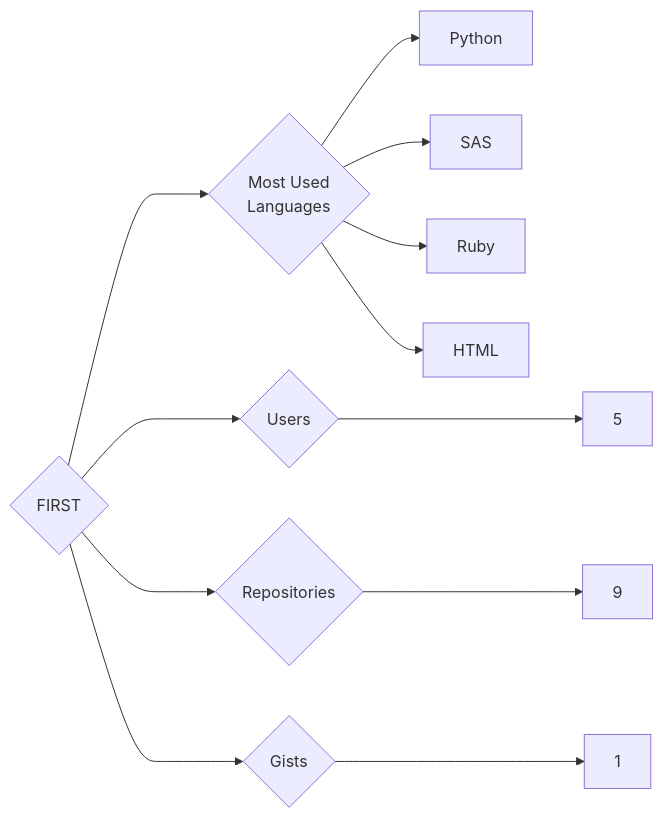
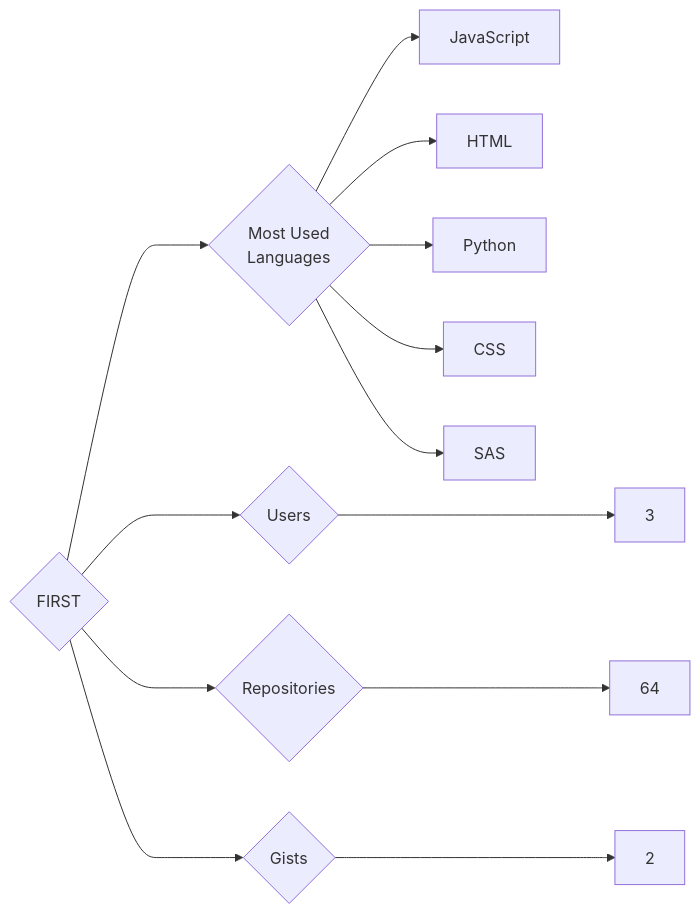
One commit to trickest/insiders changed the diagram in targets/FIRST/README.md. Above: the diagram before and after it, drawn with Mermaid. The commit also changed 718 other files, not shown here.

````diff
--- a/targets/FIRST/README.md
+++ b/targets/FIRST/README.md
@@ -3,12 +3,13 @@
 ```mermaid
 graph LR
 COMPANY_NAME{FIRST}
-COMPANY_NAME ---> U{Users} ---> UN[5]
-COMPANY_NAME ---> R{Repositories} ---> RN[9]
-COMPANY_NAME ---> G{Gists} ---> GN[1]
+COMPANY_NAME ---> U{Users} ---> UN[3]
+COMPANY_NAME ---> R{Repositories} ---> RN[64]
+COMPANY_NAME ---> G{Gists} ---> GN[2]
 COMPANY_NAME ---> ML{Most Used<br>Languages}
+ML --> JavaScript[JavaScript]
+ML --> HTML[HTML]
 ML --> Python[Python]
+ML --> CSS[CSS]
 ML --> SAS[SAS]
-ML --> Ruby[Ruby]
-ML --> HTML[HTML]
 ```
````
